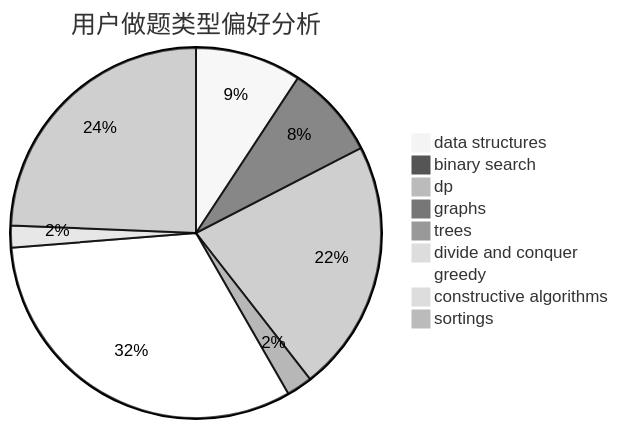
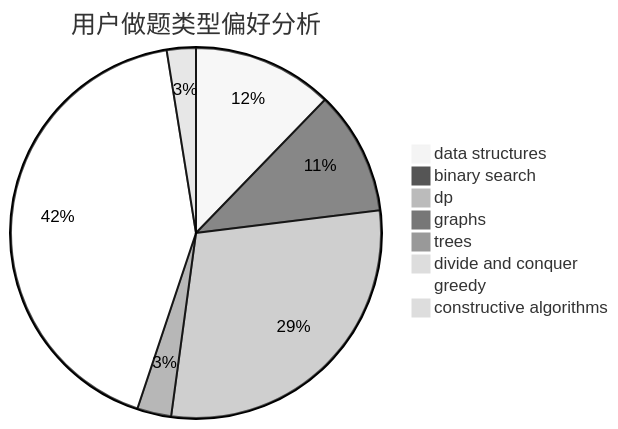
One commit to sherpahu/cfrs.github.io changed the second of 3 diagrams in docs/user/u856.md. Above: the diagram before and after it, drawn with Mermaid (neutral theme). The commit also changed other lines of this file and 2769 other files, not shown here.

````diff
--- a/docs/user/u856.md
+++ b/docs/user/u856.md
@@ -18,12 +18,11 @@
 ```mermaid
 pie title 用户做题类型偏好分析
     "data structures" :  111
     "binary search" :  98
     "dp" :  264
     "graphs" :  7
     "trees" :  27
     "divide and conquer" :  3
     "greedy" :  384
     "constructive algorithms" :  23
-    "sortings" :  292
 ```
````
